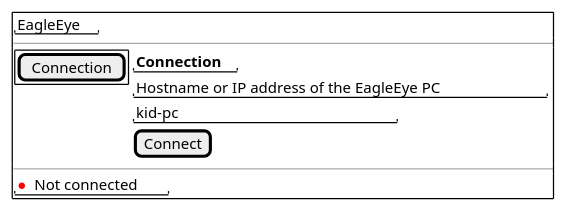
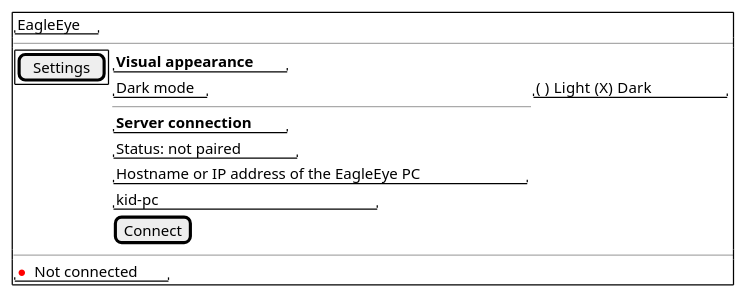
Before and after one commit to adlemich/EagleEye: the first of 5 diagrams in 02_Implementation/docs/requirements/user-stories/US-002/user-story.md, drawn with PlantUML. The commit also changed other lines of this file and 1 other file, not shown here.

First line of the commit message:
US-002: Settings page with Visual appearance (light/dark) and Server connection

````diff
--- a/02_Implementation/docs/requirements/user-stories/US-002/user-story.md
+++ b/02_Implementation/docs/requirements/user-stories/US-002/user-story.md
@@ -101,21 +106,25 @@
 ```plantuml
 @startsalt
 {+
   "EagleEye"
   ---
   {
     {+
-      [Connection]
+      [Settings]
     } |
     {
-      "<b>Connection"
+      "<b>Visual appearance"
+      "Dark mode" | "( ) Light  (X) Dark"
+      ---
+      "<b>Server connection"
+      "Status: not paired"
       "Hostname or IP address of the EagleEye PC"
       "kid-pc                    "
       [Connect]
     }
   }
   ---
   "<color:red>●</color> Not connected"
 }
 @endsalt
 ```
````
